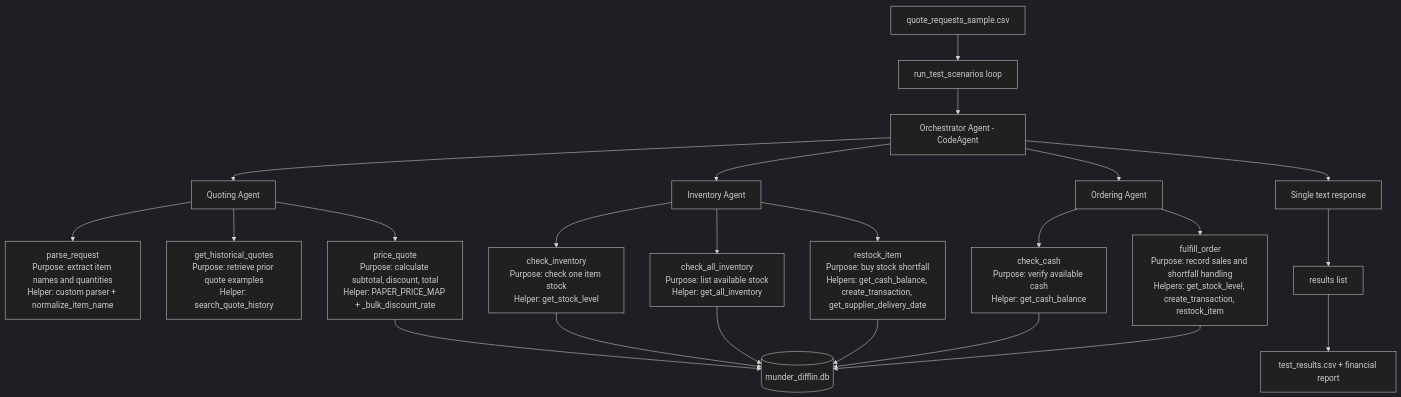
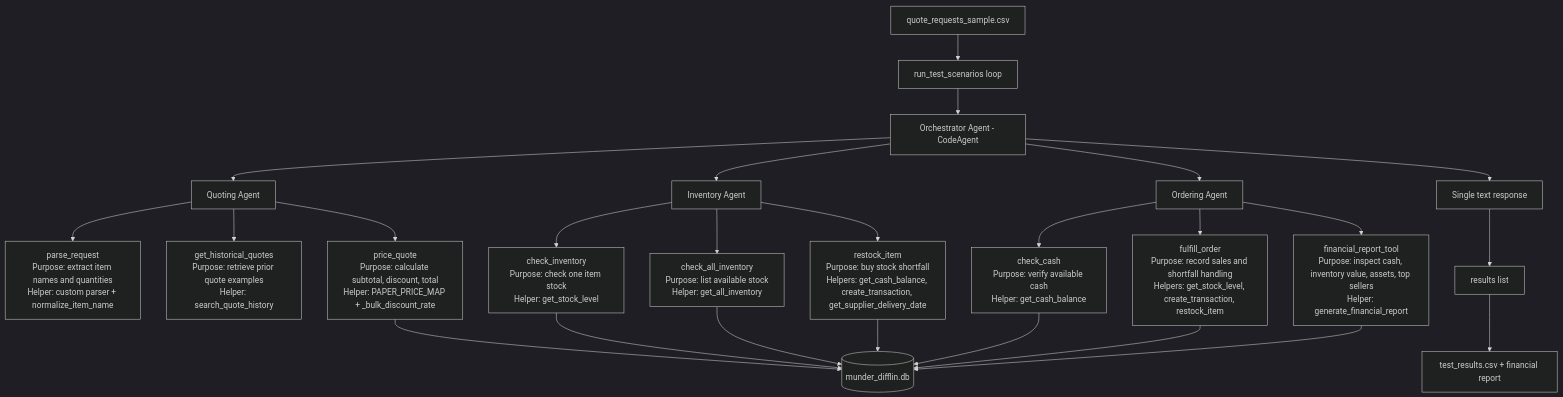
The first of 2 diagrams in workflow_diagram.md (aaronstone007/multi-ai-agent-customer-system), drawn with Mermaid (dark theme) before and after one commit. The commit also changed other lines of this file and 3 other files, not shown here.

````diff
--- a/workflow_diagram.md
+++ b/workflow_diagram.md
@@ -18,30 +18,32 @@
 ```mermaid
 graph TD
     A[quote_requests_sample.csv] --> B[run_test_scenarios loop]
     B --> C[Orchestrator Agent - CodeAgent]
 
     C --> D[Quoting Agent]
     D --> D1["parse_request<br/>Purpose: extract item names and quantities<br/>Helper: custom parser + normalize_item_name"]
     D --> D2["get_historical_quotes<br/>Purpose: retrieve prior quote examples<br/>Helper: search_quote_history"]
     D --> D3["price_quote<br/>Purpose: calculate subtotal, discount, total<br/>Helper: PAPER_PRICE_MAP + _bulk_discount_rate"]
 
     C --> E[Inventory Agent]
     E --> E1["check_inventory<br/>Purpose: check one item stock<br/>Helper: get_stock_level"]
     E --> E2["check_all_inventory<br/>Purpose: list available stock<br/>Helper: get_all_inventory"]
     E --> E3["restock_item<br/>Purpose: buy stock shortfall<br/>Helpers: get_cash_balance, create_transaction, get_supplier_delivery_date"]
 
     C --> F[Ordering Agent]
     F --> F1["check_cash<br/>Purpose: verify available cash<br/>Helper: get_cash_balance"]
     F --> F2["fulfill_order<br/>Purpose: record sales and shortfall handling<br/>Helpers: get_stock_level, create_transaction, restock_item"]
+    F --> F3["financial_report_tool<br/>Purpose: inspect cash, inventory value, assets, top sellers<br/>Helper: generate_financial_report"]
 
     D3 --> G[(munder_difflin.db)]
     E1 --> G
     E2 --> G
     E3 --> G
     F1 --> G
     F2 --> G
+    F3 --> G
 
     C --> H[Single text response]
     H --> I[results list]
     I --> J[test_results.csv + financial report]
 ```
````
